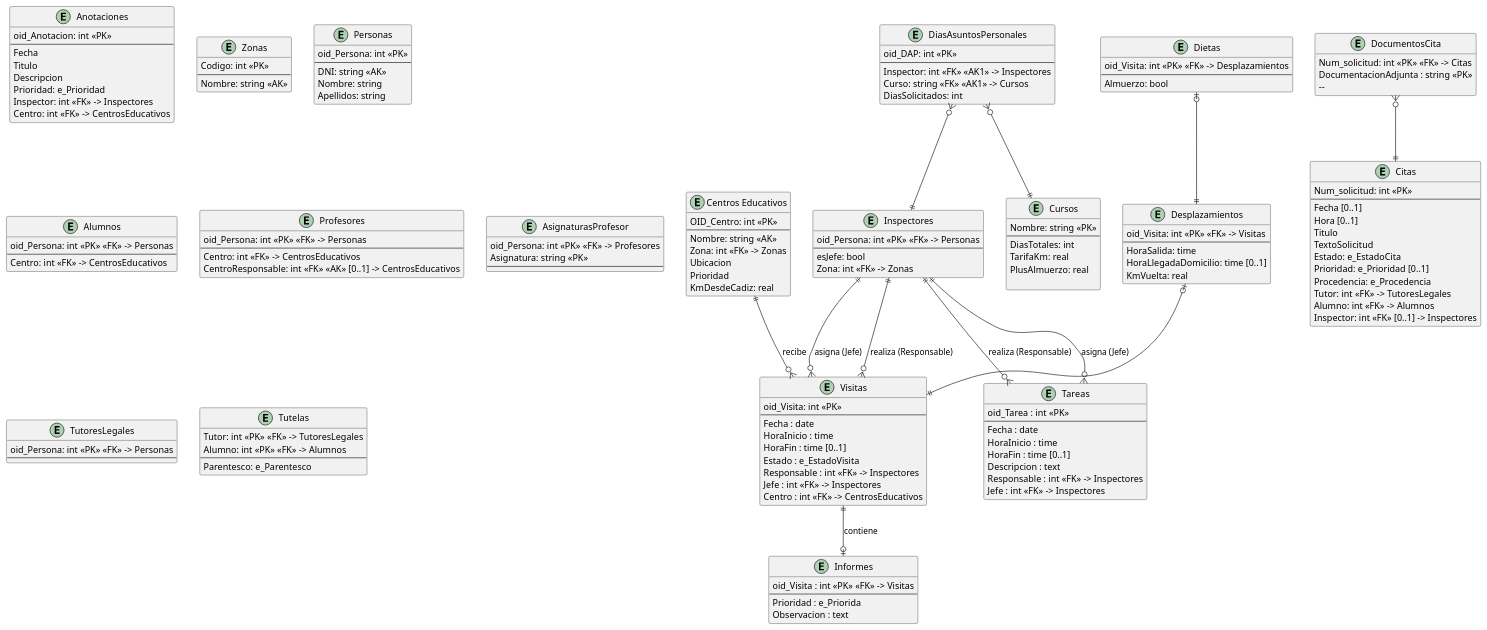
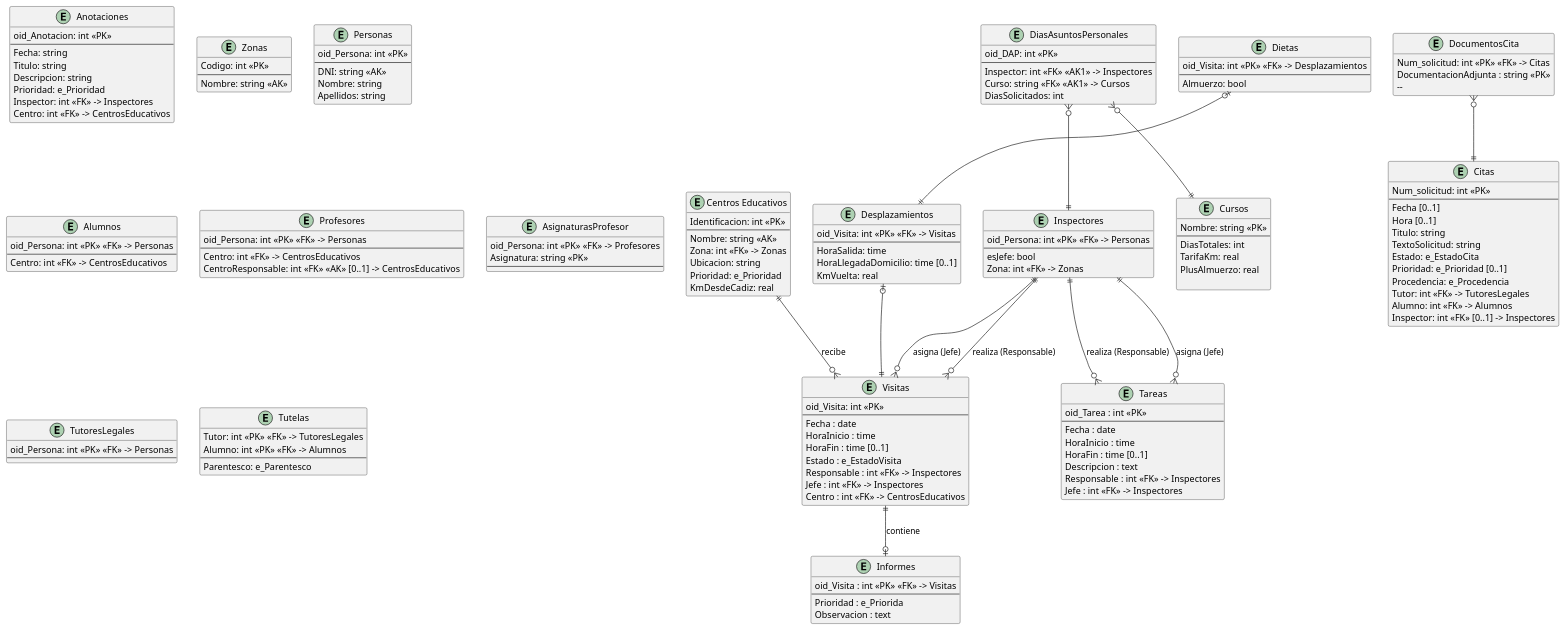
Before and after one commit to lorenzomaranon/ProyectoBD_Inspeccion_Educativa: the diagram in modelado/modelado_relacional.puml, drawn with PlantUML. The commit also changed 1 other file, not shown here.

Commit message:
Cambia OID_Centro por Identificacion otra vez y añade mas typing en el MC del bloque de javi

```diff
--- a/modelado/modelado_relacional.puml
+++ b/modelado/modelado_relacional.puml
@@ -1,177 +1,177 @@
 @startuml modelado_relacional
 hide methods
 skinparam ClassAttributeIconSize 0
 
 
 entity "Centros Educativos" as CentrosEducativos {
-    OID_Centro: int <<PK>>
+    Identificacion: int <<PK>>
     --
     Nombre: string <<AK>>
     Zona: int <<FK>> -> Zonas
-    Ubicacion
-    Prioridad
+    Ubicacion: string
+    Prioridad: e_Prioridad
     KmDesdeCadiz: real
 }
 
 entity DocumentosCita {
     Num_solicitud: int <<PK>> <<FK>> -> Citas
     DocumentacionAdjunta : string <<PK>>
     --   
 }
 
 entity Citas {
     Num_solicitud: int <<PK>> 
     --
     Fecha [0..1]
     Hora [0..1]
-    Titulo
-    TextoSolicitud
+    Titulo: string
+    TextoSolicitud: string
     Estado: e_EstadoCita
     Prioridad: e_Prioridad [0..1]
     Procedencia: e_Procedencia
     Tutor: int <<FK>> -> TutoresLegales
     Alumno: int <<FK>> -> Alumnos
     Inspector: int <<FK>> [0..1] -> Inspectores
 }
 
 entity Anotaciones {
     oid_Anotacion: int <<PK>>
     --
-    Fecha
-    Titulo
-    Descripcion
+    Fecha: string
+    Titulo: string
+    Descripcion: string
     Prioridad: e_Prioridad
     Inspector: int <<FK>> -> Inspectores
     Centro: int <<FK>> -> CentrosEducativos
 }
 
 entity Visitas {
     oid_Visita: int <<PK>>
     --
     Fecha : date
     HoraInicio : time
     HoraFin : time [0..1]
     Estado : e_EstadoVisita
     Responsable : int <<FK>> -> Inspectores
     Jefe : int <<FK>> -> Inspectores
     Centro : int <<FK>> -> CentrosEducativos
 }
 
 entity Informes {
     oid_Visita : int <<PK>> <<FK>> -> Visitas
     --
     Prioridad : e_Priorida
     Observacion : text
 }
 
 entity Tareas {
     oid_Tarea : int <<PK>>
     --
     Fecha : date
     HoraInicio : time
     HoraFin : time [0..1]
     Descripcion : text
     Responsable : int <<FK>> -> Inspectores
     Jefe : int <<FK>> -> Inspectores
 }
 
 entity Zonas {
     Codigo: int <<PK>>
     --
     Nombre: string <<AK>>
 }
 
 entity Personas {
     oid_Persona: int <<PK>>
     --
     DNI: string <<AK>>
     Nombre: string
     Apellidos: string
 }
 
 entity Inspectores {
     oid_Persona: int <<PK>> <<FK>> -> Personas
     --
     esJefe: bool
     Zona: int <<FK>> -> Zonas
 }
 
 entity Alumnos {
     oid_Persona: int <<PK>> <<FK>> -> Personas
     --
     Centro: int <<FK>> -> CentrosEducativos
 }
 
 entity Profesores {
     oid_Persona: int <<PK>> <<FK>> -> Personas
     --
     Centro: int <<FK>> -> CentrosEducativos
     CentroResponsable: int <<FK>> <<AK>> [0..1] -> CentrosEducativos
 }
 
 entity AsignaturasProfesor {
     oid_Persona: int <<PK>> <<FK>> -> Profesores
     Asignatura: string <<PK>>
     --
 }
 
 entity TutoresLegales {
     oid_Persona: int <<PK>> <<FK>> -> Personas
     --
 }
 
 entity Tutelas {
     Tutor: int <<PK>> <<FK>> -> TutoresLegales
     Alumno: int <<PK>> <<FK>> -> Alumnos
     --
     Parentesco: e_Parentesco
 }
 
 Inspectores ||--o{ Visitas : realiza (Responsable)
 Inspectores ||--o{ Visitas : asigna (Jefe)
 Inspectores ||--o{ Tareas : realiza (Responsable)
 Inspectores ||--o{ Tareas : asigna (Jefe)
 CentrosEducativos ||--o{ Visitas : recibe
 Visitas ||--o| Informes : contiene
 
 entity Desplazamientos {
     oid_Visita: int <<PK>> <<FK>> -> Visitas
     --
     HoraSalida: time
     HoraLlegadaDomicilio: time [0..1]
     KmVuelta: real
 }
 
 entity Dietas {
     oid_Visita: int <<PK>> <<FK>> -> Desplazamientos
     --
     Almuerzo: bool
 }
 
 Desplazamientos |o--||Visitas
 Dietas |o--||Desplazamientos
 
 entity DiasAsuntosPersonales {
     oid_DAP: int <<PK>>
     --
     Inspector: int <<FK>> <<AK1>> -> Inspectores
     Curso: string <<FK>> <<AK1>> -> Cursos
     DiasSolicitados: int
 }
 
 entity Cursos {
     Nombre: string <<PK>>
     --
     DiasTotales: int
     TarifaKm: real
     PlusAlmuerzo: real
 
 }
 
 DiasAsuntosPersonales }o--||Cursos
 DiasAsuntosPersonales }o--||Inspectores
 
 '------- ASOCIACIONES --------------------------------------
 DocumentosCita }o--|| Citas
 
 @enduml
```
